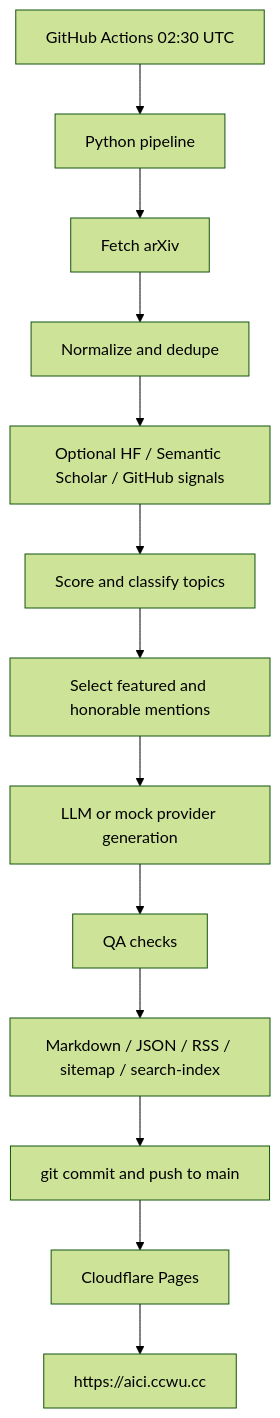
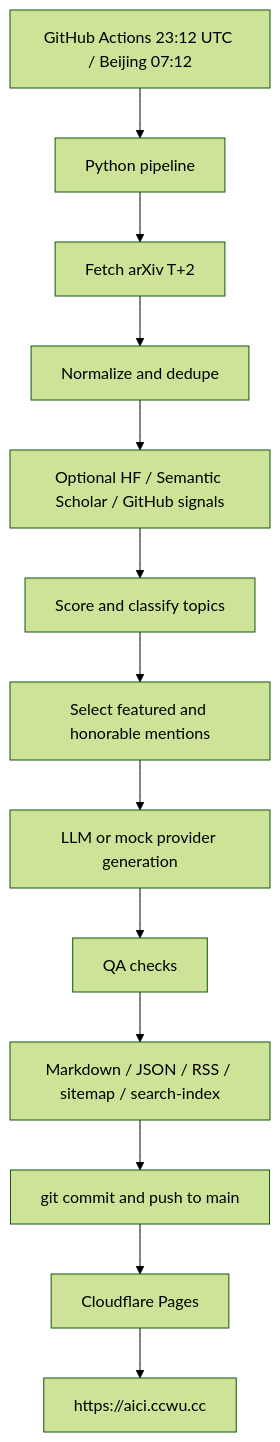
One commit to siner9586/ai_research changed the diagram in README.md. Above: the diagram before and after it, drawn with Mermaid (forest theme). The commit also changed other lines of this file, not shown here.

````diff
--- a/README.md
+++ b/README.md
@@ -31,15 +60,15 @@
 ```mermaid
 flowchart TD
-  A[GitHub Actions 02:30 UTC] --> B[Python pipeline]
-  B --> C[Fetch arXiv]
+  A[GitHub Actions 23:12 UTC / Beijing 07:12] --> B[Python pipeline]
+  B --> C[Fetch arXiv T+2]
   C --> D[Normalize and dedupe]
   D --> E[Optional HF / Semantic Scholar / GitHub signals]
   E --> F[Score and classify topics]
   F --> G[Select featured and honorable mentions]
   G --> H[LLM or mock provider generation]
   H --> I[QA checks]
   I --> J[Markdown / JSON / RSS / sitemap / search-index]
   J --> K[git commit and push to main]
   K --> L[Cloudflare Pages]
   L --> M[https://aici.ccwu.cc]
 ```
````
